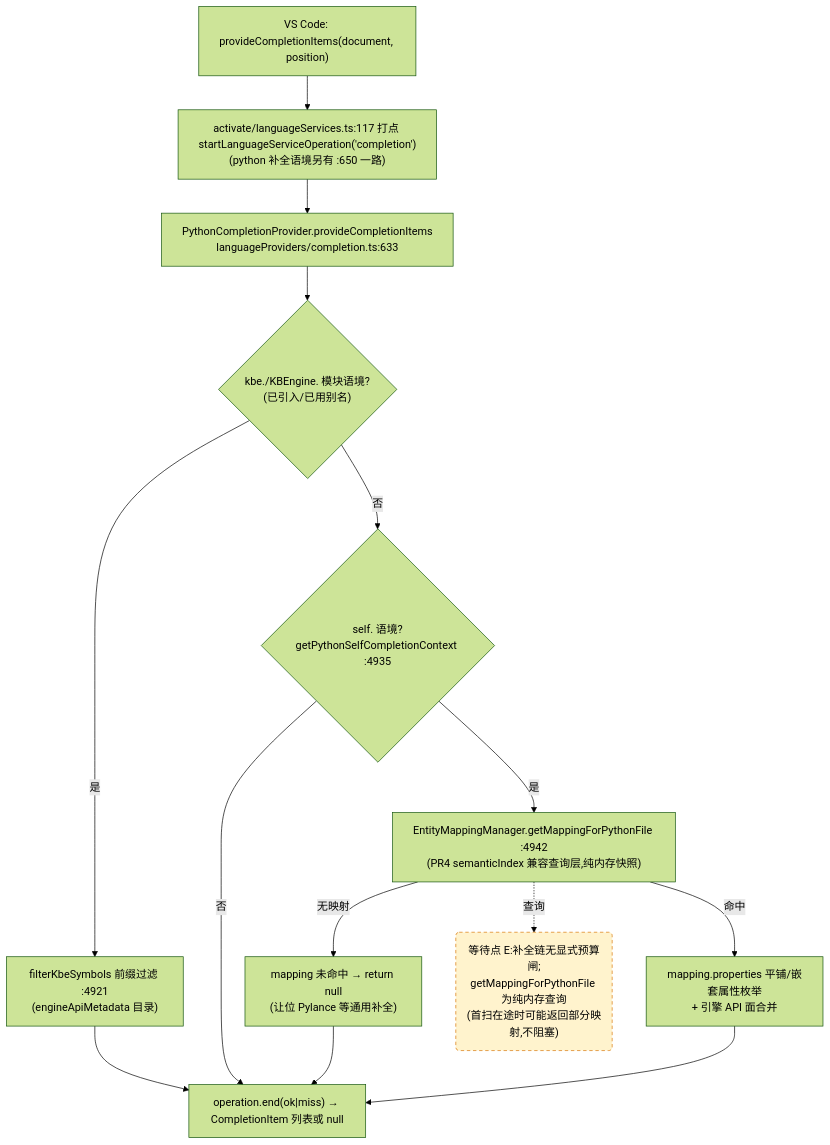
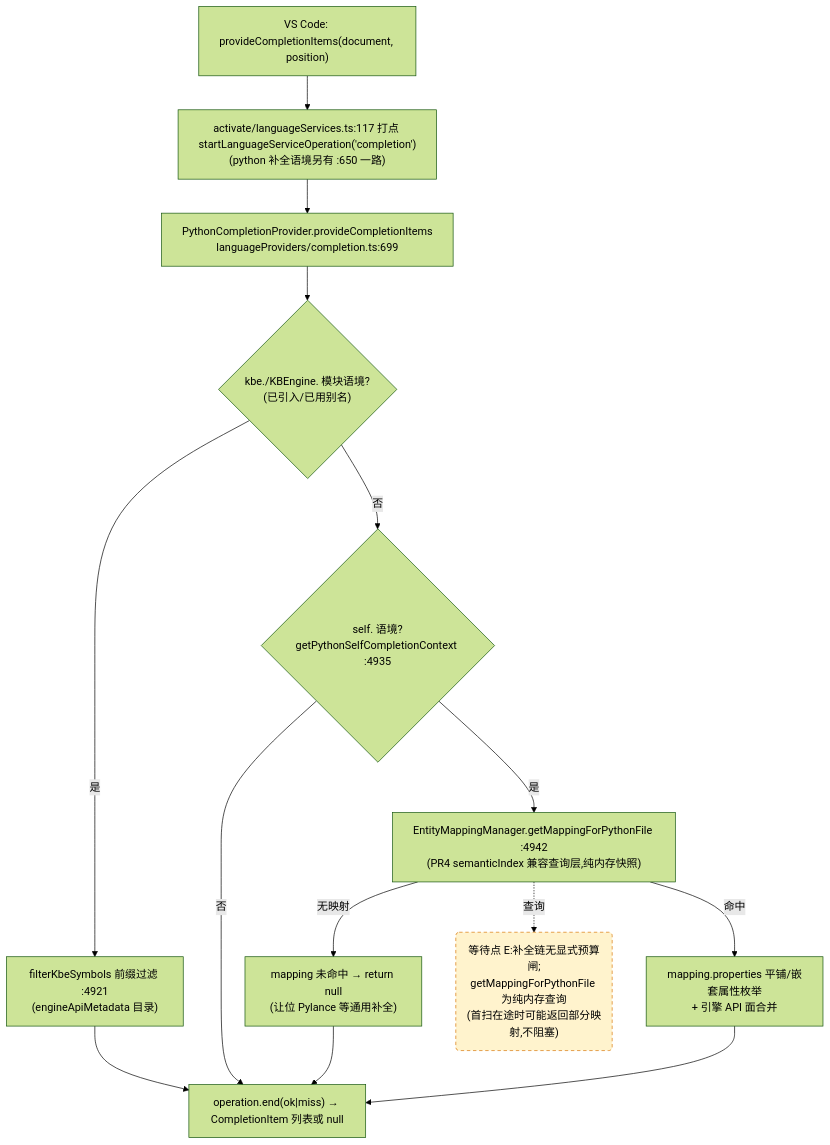
One commit to cuihairu/kode changed the third of 4 diagrams in docs/perf/2026-baseline.md. Above: the diagram before and after it, drawn with Mermaid (forest theme). The commit also changed other lines of this file and 9 other files, not shown here.

````diff
--- a/docs/perf/2026-baseline.md
+++ b/docs/perf/2026-baseline.md
@@ -184,27 +184,27 @@
 ```mermaid
 flowchart TD
   VC3["VS Code: provideCompletionItems(document, position)"]
   M3["activate/languageServices.ts:117 打点 startLanguageServiceOperation('completion')<br/>(python 补全语境另有 :650 一路)"]
-  CP["PythonCompletionProvider.provideCompletionItems<br/>languageProviders/completion.ts:633"]
+  CP["PythonCompletionProvider.provideCompletionItems<br/>languageProviders/completion.ts:699"]
   KBEC{"kbe./KBEngine. 模块语境?<br/>(已引入/已用别名)"}
   FILTER["filterKbeSymbols 前缀过滤 :4921<br/>(engineApiMetadata 目录)"]
   SELFC{"self. 语境?<br/>getPythonSelfCompletionContext :4935"}
   MAP["EntityMappingManager.getMappingForPythonFile :4942<br/>(PR4 semanticIndex 兼容查询层,纯内存快照)"]
   NOMAP["mapping 未命中 → return null<br/>(让位 Pylance 等通用补全)"]
   PROPS["mapping.properties 平铺/嵌套属性枚举<br/>+ 引擎 API 面合并"]
   END3["operation.end(ok|miss) → CompletionItem 列表或 null"]
 
   VC3 --> M3 --> CP --> KBEC
   KBEC -- "是" --> FILTER --> END3
   KBEC -- "否" --> SELFC
   SELFC -- "否" --> END3
   SELFC -- "是" --> MAP
   MAP -- "无映射" --> NOMAP --> END3
   MAP -- "命中" --> PROPS --> END3
 
   WAITE("等待点 E:补全链无显式预算闸;<br/>getMappingForPythonFile 为纯内存查询<br/>(首扫在途时可能返回部分映射,不阻塞)")
   MAP -.->|查询| WAITE
 
   classDef waitPoint fill:#fff3cd,stroke:#d97706,stroke-dasharray:5 4;
   class WAITE waitPoint;
 ```
````
